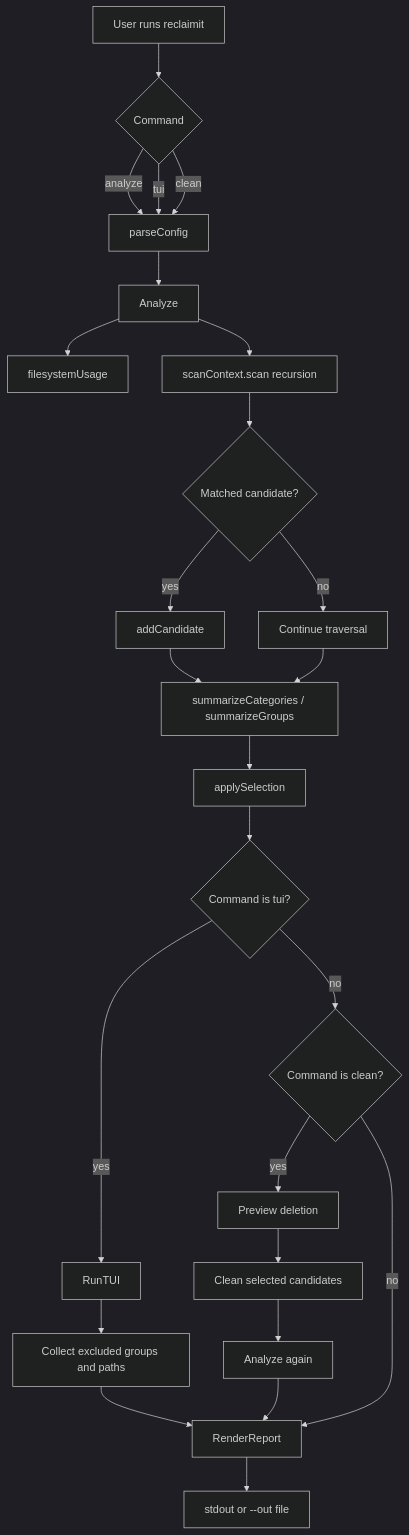
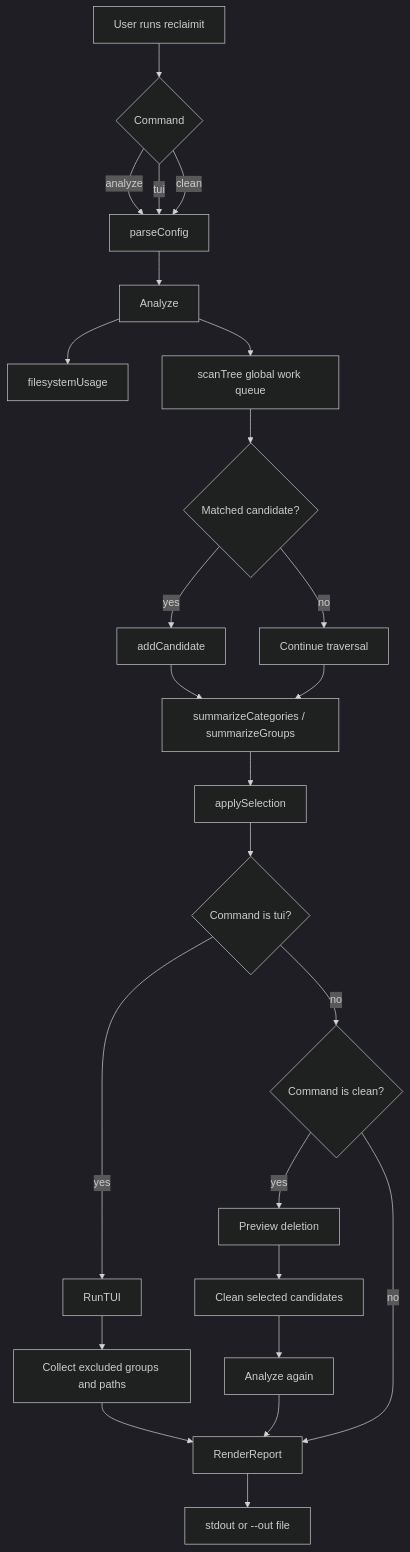
One commit to svg153/reclaimit changed the fourth of 6 diagrams in docs/architecture.md. Above: the diagram before and after it, drawn with Mermaid (dark theme). The commit also changed other lines of this file and 13 other files, not shown here.

````diff
--- a/docs/architecture.md
+++ b/docs/architecture.md
@@ -101,27 +101,27 @@
 ```mermaid
 flowchart TD
     A[User runs reclaimit] --> B{Command}
     B -->|analyze| C[parseConfig]
     B -->|tui| C
     B -->|clean| C
     C --> D[Analyze]
     D --> E[filesystemUsage]
-    D --> F[scanContext.scan recursion]
+    D --> F[scanTree global work queue]
     F --> G{Matched candidate?}
     G -->|yes| H[addCandidate]
     G -->|no| I[Continue traversal]
     H --> J[summarizeCategories / summarizeGroups]
     I --> J
     J --> K[applySelection]
     K --> L{Command is tui?}
     L -->|yes| M[RunTUI]
     M --> N[Collect excluded groups and paths]
     N --> O[RenderReport]
     L -->|no| P{Command is clean?}
     P -->|yes| Q[Preview deletion]
     Q --> R[Clean selected candidates]
     R --> S[Analyze again]
     S --> O
     P -->|no| O
     O --> T[stdout or --out file]
 ```
````
